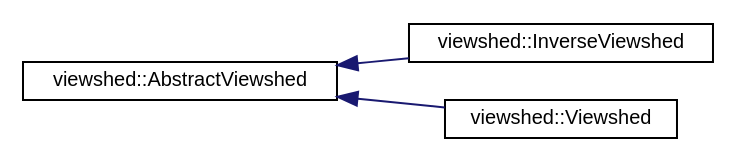
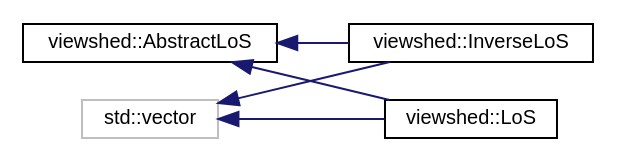
One commit to JanCaha/cpp-viewshed-library changed the diagram in inherit_graph_4.dot. Above: the diagram before and after it, drawn with Graphviz. The commit also changed 167 other files, not shown here.

```diff
--- a/inherit_graph_4.dot
+++ b/inherit_graph_4.dot
@@ -1,12 +1,15 @@
 digraph "Graphical Class Hierarchy"
 {
  // LATEX_PDF_SIZE
   edge [fontname="Helvetica",fontsize="10",labelfontname="Helvetica",labelfontsize="10"];
   node [fontname="Helvetica",fontsize="10",shape=record];
   rankdir="LR";
-  Node0 [label="viewshed::AbstractViewshed",height=0.2,width=0.4,color="black", fillcolor="white", style="filled",URL="$classviewshed_1_1AbstractViewshed.html",tooltip="Abstract class that represents viewshed calculation from this class specific implementations ( Viewsh..."];
+  Node0 [label="viewshed::AbstractLoS",height=0.2,width=0.4,color="black", fillcolor="white", style="filled",URL="$classviewshed_1_1AbstractLoS.html",tooltip="Abstract class that represent line-of-sight (LoS). Consists of LoSNodes, view point and target point ..."];
   Node0 -> Node1 [dir="back",color="midnightblue",fontsize="10",style="solid",fontname="Helvetica"];
-  Node1 [label="viewshed::InverseViewshed",height=0.2,width=0.4,color="black", fillcolor="white", style="filled",URL="$classviewshed_1_1InverseViewshed.html",tooltip=" "];
+  Node1 [label="viewshed::InverseLoS",height=0.2,width=0.4,color="black", fillcolor="white", style="filled",URL="$classviewshed_1_1InverseLoS.html",tooltip="Class that represents InverseLoS, that is LoS used in Inverse Viewshed calculation."];
   Node0 -> Node2 [dir="back",color="midnightblue",fontsize="10",style="solid",fontname="Helvetica"];
-  Node2 [label="viewshed::Viewshed",height=0.2,width=0.4,color="black", fillcolor="white", style="filled",URL="$classviewshed_1_1Viewshed.html",tooltip=" "];
+  Node2 [label="viewshed::LoS",height=0.2,width=0.4,color="black", fillcolor="white", style="filled",URL="$classviewshed_1_1LoS.html",tooltip="Class that represents LoS for classic Viewshed calculation."];
+  Node38 [label="std::vector",height=0.2,width=0.4,color="grey75", fillcolor="white", style="filled",tooltip=" "];
+  Node38 -> Node1 [dir="back",color="midnightblue",fontsize="10",style="solid",fontname="Helvetica"];
+  Node38 -> Node2 [dir="back",color="midnightblue",fontsize="10",style="solid",fontname="Helvetica"];
 }
```
